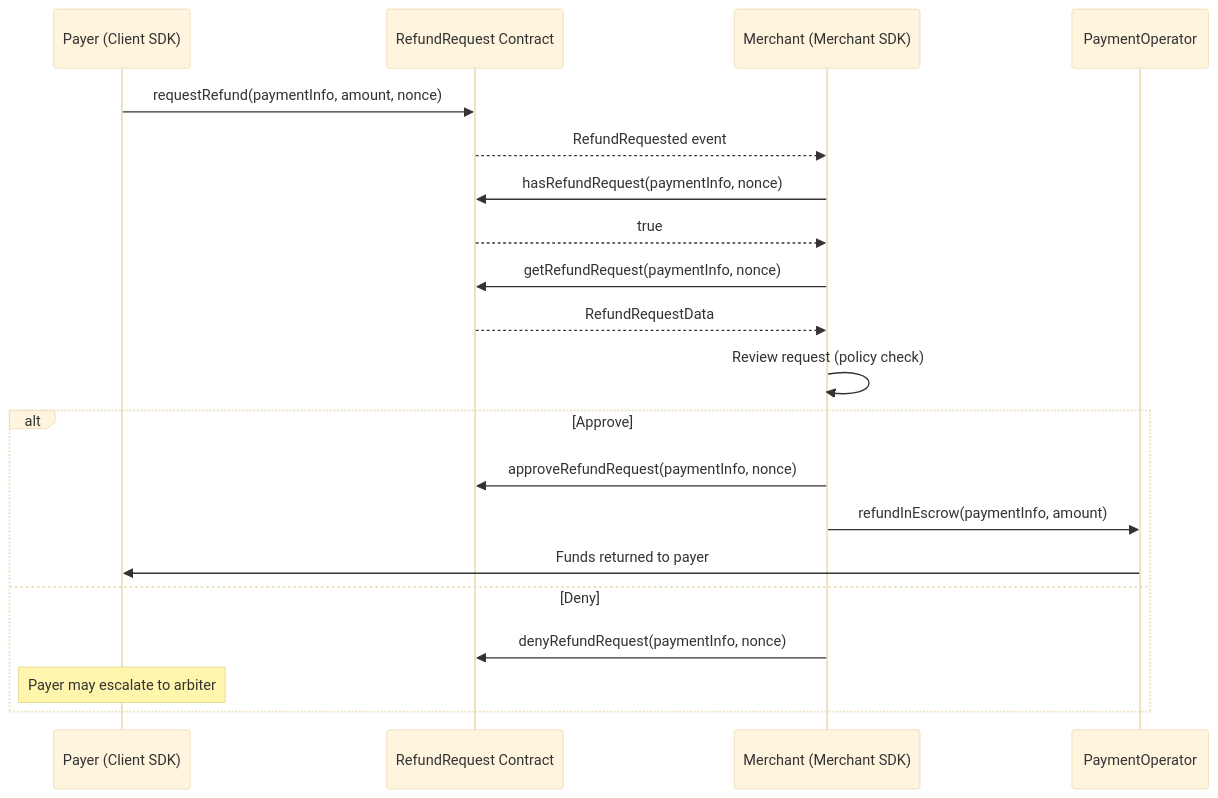
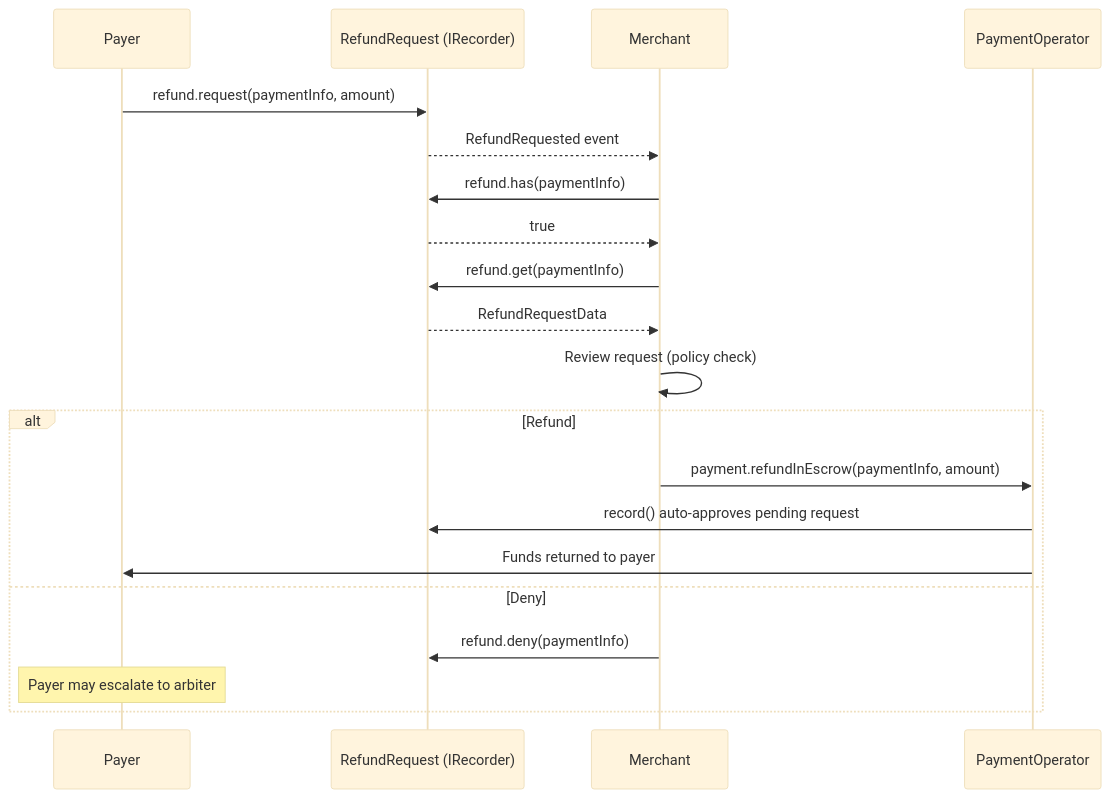
One commit to BackTrackCo/docs changed the diagram in sdk/merchant/refund-handling.mdx. Above: the diagram before and after it, drawn with Mermaid (base theme). The commit also changed other lines of this file and 20 other files, not shown here.

````diff
--- a/sdk/merchant/refund-handling.mdx
+++ b/sdk/merchant/refund-handling.mdx
@@ -268,26 +170,26 @@
 ```mermaid
 sequenceDiagram
-    participant P as Payer (Client SDK)
-    participant R as RefundRequest Contract
-    participant M as Merchant (Merchant SDK)
+    participant P as Payer
+    participant R as RefundRequest (IRecorder)
+    participant M as Merchant
     participant O as PaymentOperator
 
-    P->>R: requestRefund(paymentInfo, amount, nonce)
+    P->>R: refund.request(paymentInfo, amount)
     R-->>M: RefundRequested event
 
-    M->>R: hasRefundRequest(paymentInfo, nonce)
+    M->>R: refund.has(paymentInfo)
     R-->>M: true
-    M->>R: getRefundRequest(paymentInfo, nonce)
+    M->>R: refund.get(paymentInfo)
     R-->>M: RefundRequestData
 
     M->>M: Review request (policy check)
 
-    alt Approve
-        M->>R: approveRefundRequest(paymentInfo, nonce)
-        M->>O: refundInEscrow(paymentInfo, amount)
+    alt Refund
+        M->>O: payment.refundInEscrow(paymentInfo, amount)
+        O->>R: record() auto-approves pending request
         O->>P: Funds returned to payer
     else Deny
-        M->>R: denyRefundRequest(paymentInfo, nonce)
+        M->>R: refund.deny(paymentInfo)
         Note over P: Payer may escalate to arbiter
     end
 ```
````
